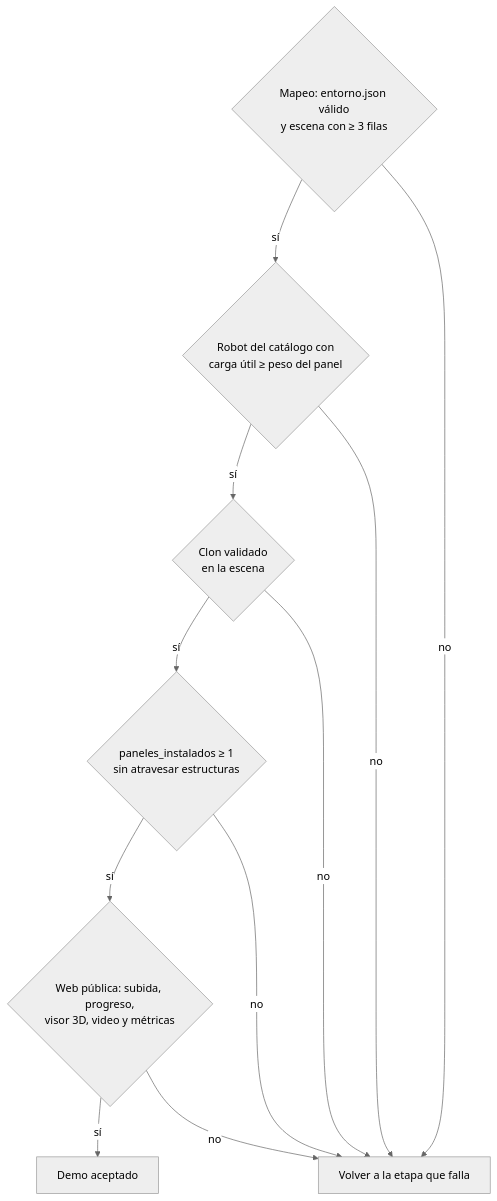
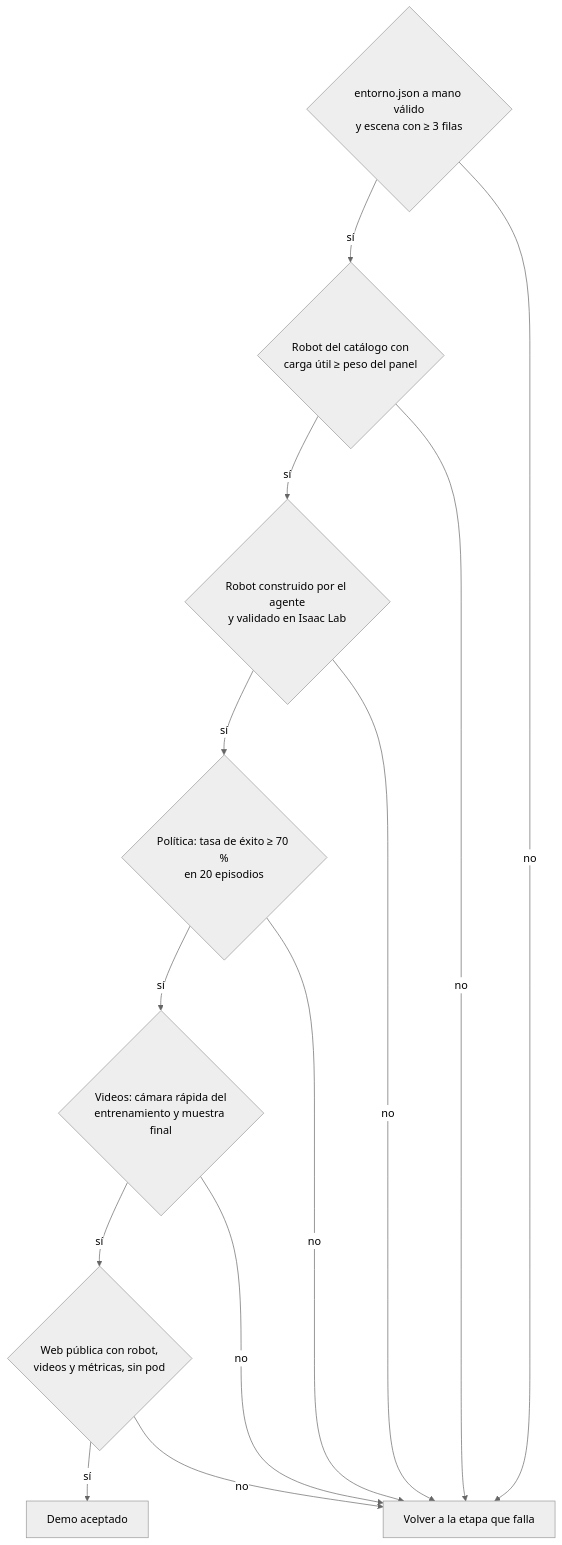
Before and after one commit to platanus-hack/platanus-hack-26-cl-team-4: the sixth of 7 diagrams in docs/requerimientos.md, drawn with Mermaid (neutral theme). The commit also changed other lines of this file and 17 other files, not shown here.

First line of the commit message:
docs: plan del demo con RL, contratos e instrucciones de agentes

````diff
--- a/docs/requerimientos.md
+++ b/docs/requerimientos.md
@@ -324,9 +347,10 @@
 ```mermaid
 flowchart TD
-  A1{"Mapeo: entorno.json válido<br/>y escena con ≥ 3 filas"} -->|sí| A2{"Robot del catálogo con<br/>carga útil ≥ peso del panel"}
-  A2 -->|sí| A3{"Clon validado<br/>en la escena"}
-  A3 -->|sí| A4{"paneles_instalados ≥ 1<br/>sin atravesar estructuras"}
-  A4 -->|sí| A5{"Web pública: subida, progreso,<br/>visor 3D, video y métricas"}
-  A5 -->|sí| OK[Demo aceptado]
-  A1 & A2 & A3 & A4 & A5 -->|no| FIX[Volver a la etapa que falla]
+  A1{"entorno.json a mano válido<br/>y escena con ≥ 3 filas"} -->|sí| A2{"Robot del catálogo con<br/>carga útil ≥ peso del panel"}
+  A2 -->|sí| A3{"Robot construido por el agente<br/>y validado en Isaac Lab"}
+  A3 -->|sí| A4{"Política: tasa de éxito ≥ 70 %<br/>en 20 episodios"}
+  A4 -->|sí| A5{"Videos: cámara rápida del<br/>entrenamiento y muestra final"}
+  A5 -->|sí| A6{"Web pública con robot,<br/>videos y métricas, sin pod"}
+  A6 -->|sí| OK[Demo aceptado]
+  A1 & A2 & A3 & A4 & A5 & A6 -->|no| FIX[Volver a la etapa que falla]
 ```
````
